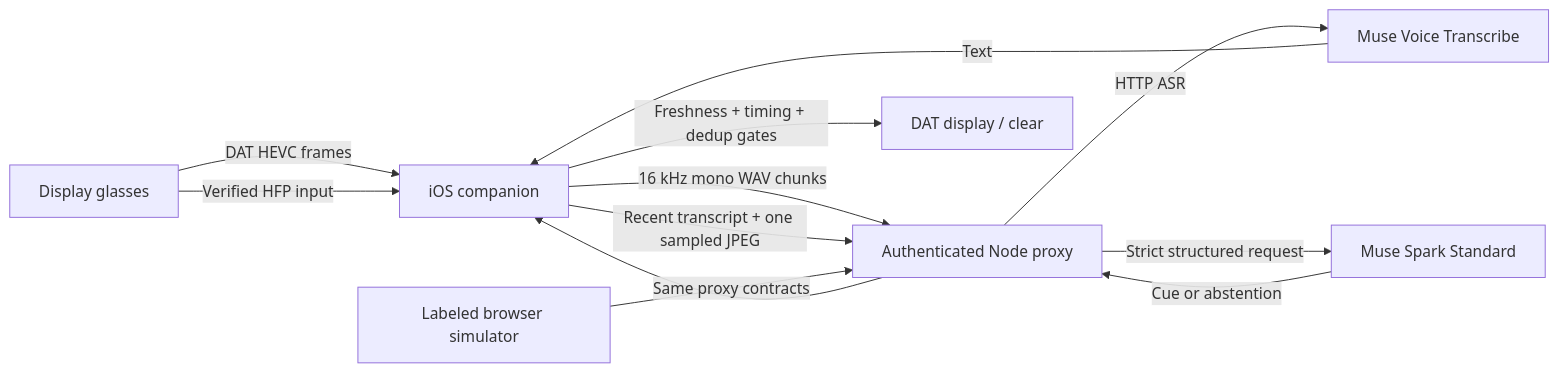
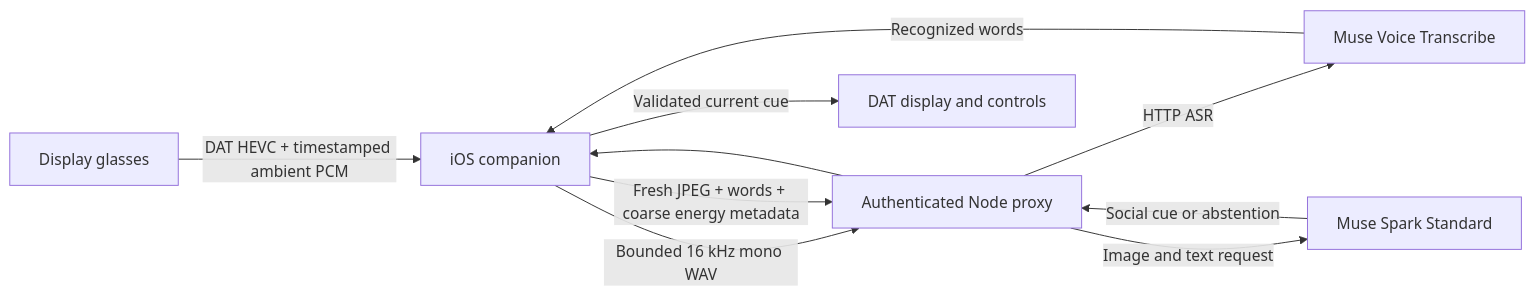
One commit to ColinHu07/SituationalAwareness changed the diagram in docs/ARCHITECTURE.md. Above: the diagram before and after it, drawn with Mermaid. The commit also changed other lines of this file and 25 other files, not shown here.

Commit message:
Add ambient surroundings analysis and social cues for Display glasses

````diff
--- a/docs/ARCHITECTURE.md
+++ b/docs/ARCHITECTURE.md
@@ -13,14 +18,12 @@
 ```mermaid
 flowchart LR
-    G[Display glasses] -->|DAT HEVC frames| I[iOS companion]
-    G -->|Verified HFP input| I
-    I -->|16 kHz mono WAV chunks| A[Authenticated Node proxy]
-    A -->|HTTP ASR| T[Muse Voice Transcribe]
-    T -->|Text| I
-    I -->|Recent transcript + one sampled JPEG| A
-    A -->|Strict structured request| M[Muse Spark Standard]
-    M -->|Cue or abstention| A
-    A --> I
-    I -->|Freshness + timing + dedup gates| D[DAT display / clear]
-    B[Labeled browser simulator] -->|Same proxy contracts| A
+    G[Display glasses] -->|DAT HEVC + timestamped ambient PCM| I[iOS companion]
+    I -->|Bounded 16 kHz mono WAV| P[Authenticated Node proxy]
+    P -->|HTTP ASR| A[Muse Voice Transcribe]
+    A -->|Recognized words| I
+    I -->|Fresh JPEG + words + coarse energy metadata| P
+    P -->|Image and text request| M[Muse Spark Standard]
+    M -->|Social cue or abstention| P
+    P --> I
+    I -->|Validated current cue| D[DAT display and controls]
 ```
````
